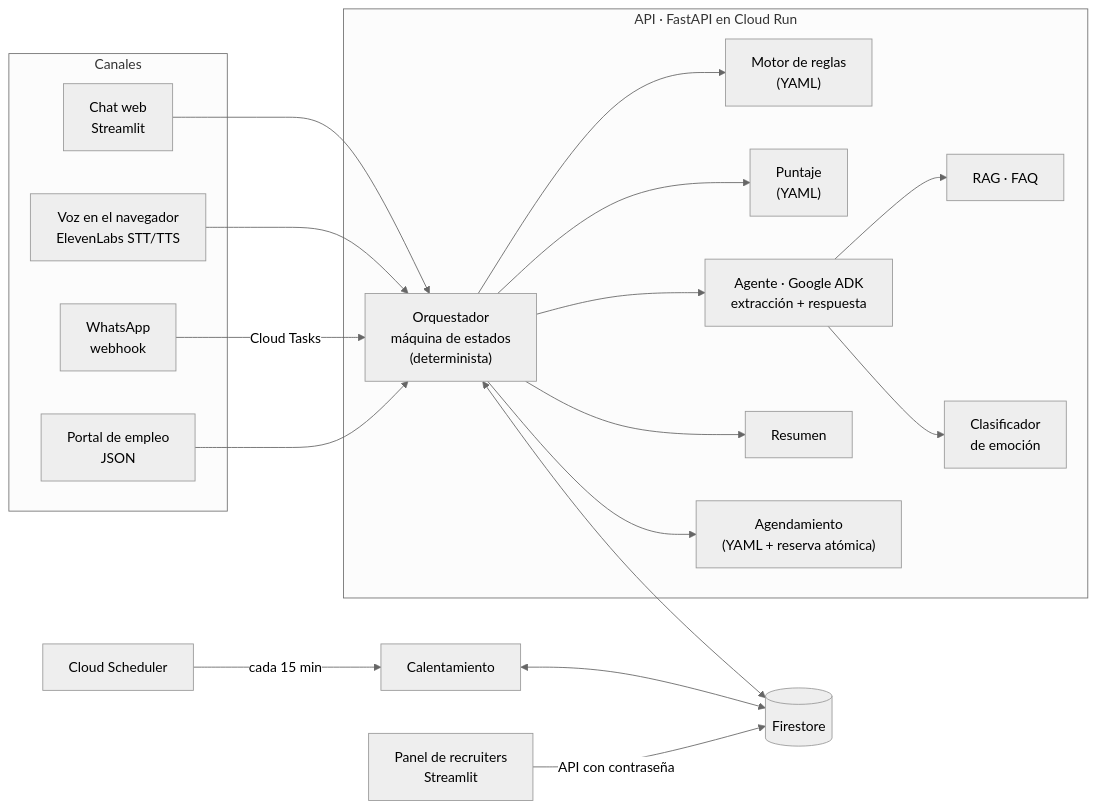
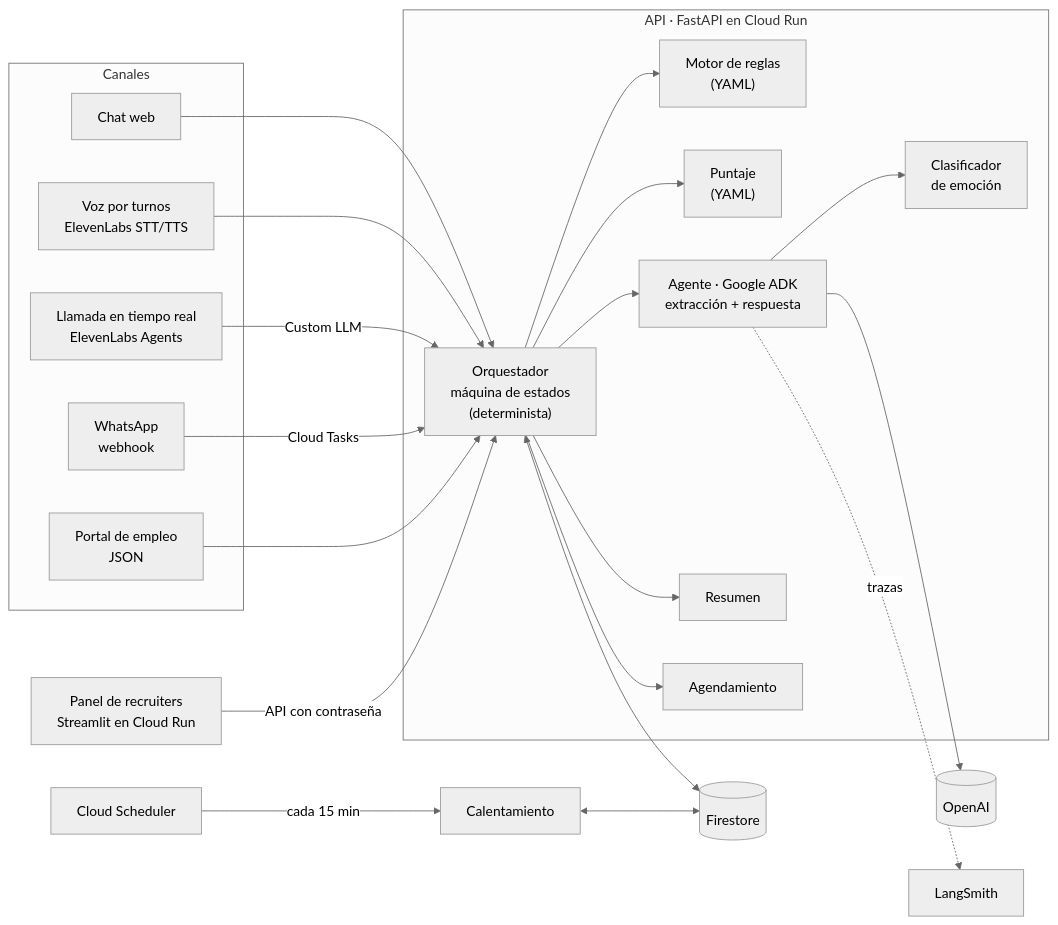
The first of 4 diagrams in README.md (Chilean-MrRobot/orbio-screening-agent), drawn with Mermaid (neutral theme) before and after one commit. The commit also changed other lines of this file, not shown here.

Commit message:
docs: README desde cero con arquitectura, operación y métricas actuales

````diff
--- a/README.md
+++ b/README.md
@@ -74,37 +91,41 @@
 ```mermaid
 flowchart LR
     subgraph Canales
-        W[Chat web<br/>Streamlit]
-        V[Voz en el navegador<br/>ElevenLabs STT/TTS]
+        W[Chat web]
+        V[Voz por turnos<br/>ElevenLabs STT/TTS]
+        C[Llamada en tiempo real<br/>ElevenLabs Agents]
         WA[WhatsApp<br/>webhook]
         P[Portal de empleo<br/>JSON]
     end
     subgraph API["API · FastAPI en Cloud Run"]
         O["Orquestador<br/>máquina de estados<br/>(determinista)"]
         R["Motor de reglas<br/>(YAML)"]
         S["Puntaje<br/>(YAML)"]
         A["Agente · Google ADK<br/>extracción + respuesta"]
-        K["RAG · FAQ"]
         E["Clasificador<br/>de emoción"]
         SU["Resumen"]
-        AG["Agendamiento<br/>(YAML + reserva atómica)"]
+        AG["Agendamiento"]
     end
+    LLM[(OpenAI)]
     DB[(Firestore)]
-    PN[Panel de recruiters<br/>Streamlit]
+    PN[Panel de recruiters<br/>Streamlit en Cloud Run]
     SCH[Cloud Scheduler] -->|cada 15 min| RE[Calentamiento]
+    LS[LangSmith]
 
     W --> O
     V --> O
+    C -->|Custom LLM| O
     WA -->|Cloud Tasks| O
     P --> O
-    O --> A
-    A --> K
-    A --> E
     O --> R
     O --> S
+    O --> A
+    A --> E
     O --> SU
     O --> AG
+    A --> LLM
+    A -.trazas.-> LS
     O <--> DB
     RE <--> DB
-    PN -->|API con contraseña| DB
+    PN -->|API con contraseña| O
 ```
````
